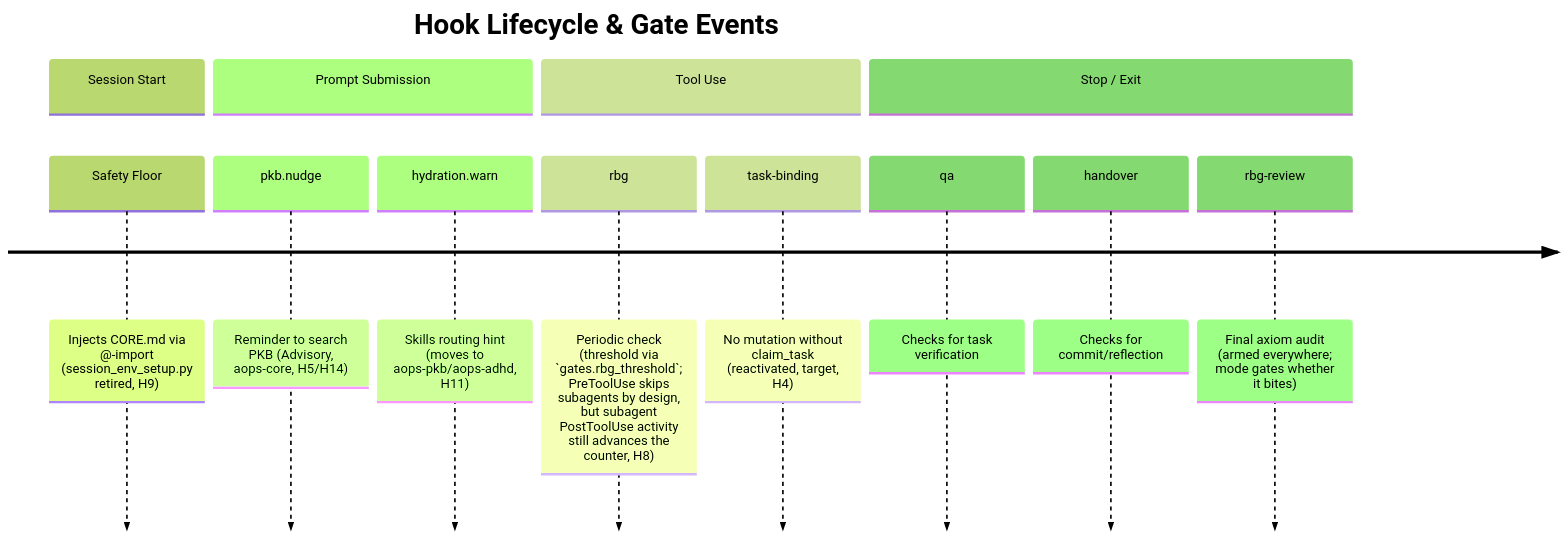
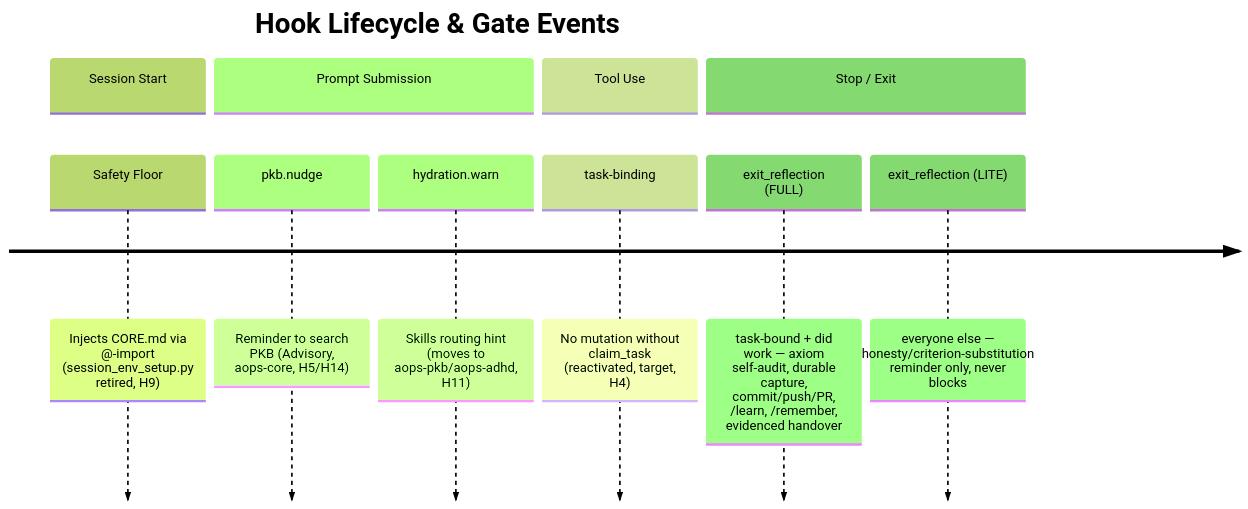
Before and after one commit to nicsuzor/academicOps: the diagram in specs/enforcement/GATES.md, drawn with Mermaid (forest theme). The commit also changed other lines of this file and 71 other files, not shown here.

First line of the commit message:
feat(gates): consolidate exit-reflection Stop gate, retire turn-based rbg counter

````diff
--- a/specs/enforcement/GATES.md
+++ b/specs/enforcement/GATES.md
@@ -75,16 +73,14 @@
 ```mermaid
 timeline
     title Hook Lifecycle & Gate Events
     section Session Start
         Safety Floor : Injects CORE.md via @-import (session_env_setup.py retired, H9)
     section Prompt Submission
         pkb.nudge : Reminder to search PKB (Advisory, aops-core, H5/H14)
         hydration.warn : Skills routing hint (moves to aops-pkb/aops-adhd, H11)
     section Tool Use
-        rbg : Periodic check (threshold via `gates.rbg_threshold`; PreToolUse skips subagents by design, but subagent PostToolUse activity still advances the counter, H8)
         task-binding : No mutation without claim_task (reactivated, target, H4)
     section Stop / Exit
-        qa : Checks for task verification
-        handover : Checks for commit/reflection
-        rbg-review : Final axiom audit (armed everywhere; mode gates whether it bites)
+        exit_reflection (FULL) : task-bound + did work — axiom self-audit, durable capture, commit/push/PR, /learn, /remember, evidenced handover
+        exit_reflection (LITE) : everyone else — honesty/criterion-substitution reminder only, never blocks
 ```
````
